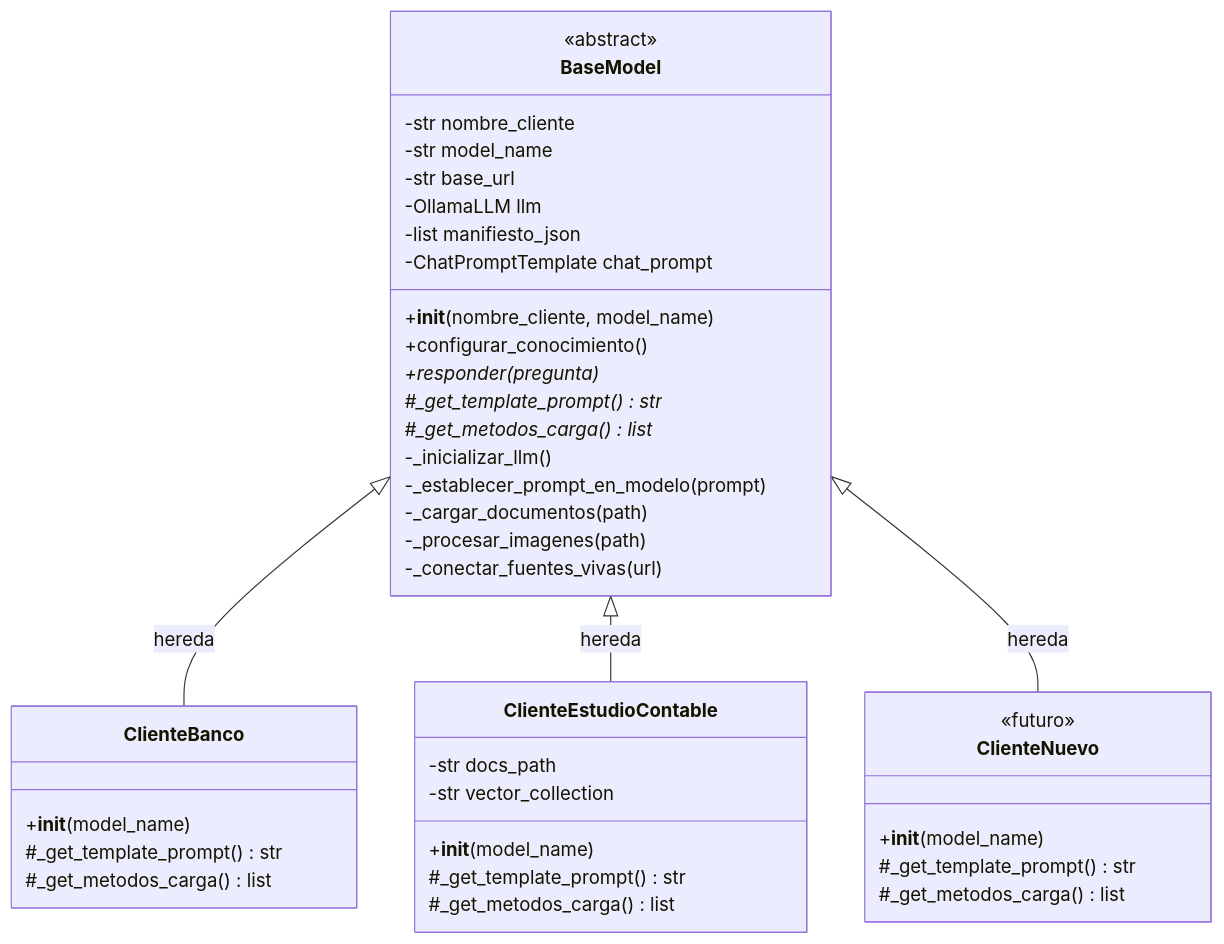
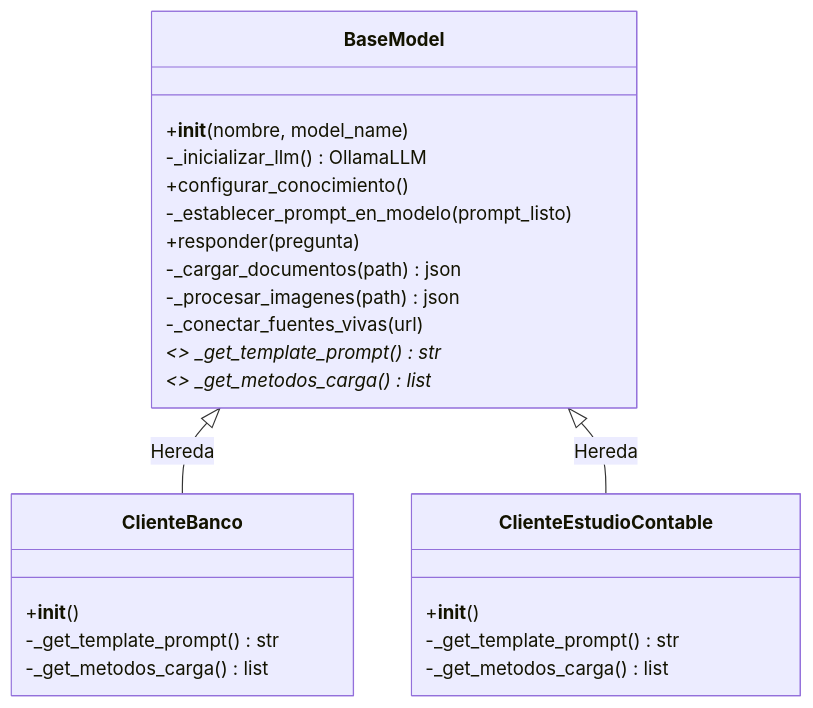
One commit to JuanBotindari/TFM changed the first of 2 diagrams in LLM/README.md. Above: the diagram before and after it, drawn with Mermaid. The commit also changed other lines of this file, not shown here.

Commit message:
docs: add comprehensive architecture and implementation documentation for the LLM RAG module

````diff
--- a/LLM/README.md
+++ b/LLM/README.md
@@ -158,47 +42,30 @@
 ```mermaid
 classDiagram
     class BaseModel {
-        <<abstract>>
-        -str nombre_cliente
-        -str model_name
-        -str base_url
-        -OllamaLLM llm
-        -list manifiesto_json
-        -ChatPromptTemplate chat_prompt
-        +__init__(nombre_cliente, model_name)
+        +__init__(nombre, model_name)
+        -_inicializar_llm() OllamaLLM
         +configurar_conocimiento()
-        +responder(pregunta)*
-        #_get_template_prompt()* str
-        #_get_metodos_carga()* list
-        -_inicializar_llm()
-        -_establecer_prompt_en_modelo(prompt)
-        -_cargar_documentos(path)
-        -_procesar_imagenes(path)
+        -_establecer_prompt_en_modelo(prompt_listo)
+        +responder(pregunta)
+        -_cargar_documentos(path) json
+        -_procesar_imagenes(path) json
         -_conectar_fuentes_vivas(url)
+        <<abstract>> _get_template_prompt()* str
+        <<abstract>> _get_metodos_carga()* list
     }
 
     class ClienteBanco {
-        +__init__(model_name)
-        #_get_template_prompt() str
-        #_get_metodos_carga() list
+        +__init__()
+        -_get_template_prompt() str
+        -_get_metodos_carga() list
     }
 
     class ClienteEstudioContable {
-        -str docs_path
-        -str vector_collection
-        +__init__(model_name)
-        #_get_template_prompt() str
-        #_get_metodos_carga() list
+        +__init__()
+        -_get_template_prompt() str
+        -_get_metodos_carga() list
     }
 
-    class ClienteNuevo {
-        <<futuro>>
-        +__init__(model_name)
-        #_get_template_prompt() str
-        #_get_metodos_carga() list
-    }
-
-    BaseModel <|-- ClienteBanco : hereda
-    BaseModel <|-- ClienteEstudioContable : hereda
-    BaseModel <|-- ClienteNuevo : hereda
+    BaseModel <|-- ClienteBanco : Hereda
+    BaseModel <|-- ClienteEstudioContable : Hereda
 ```
````
